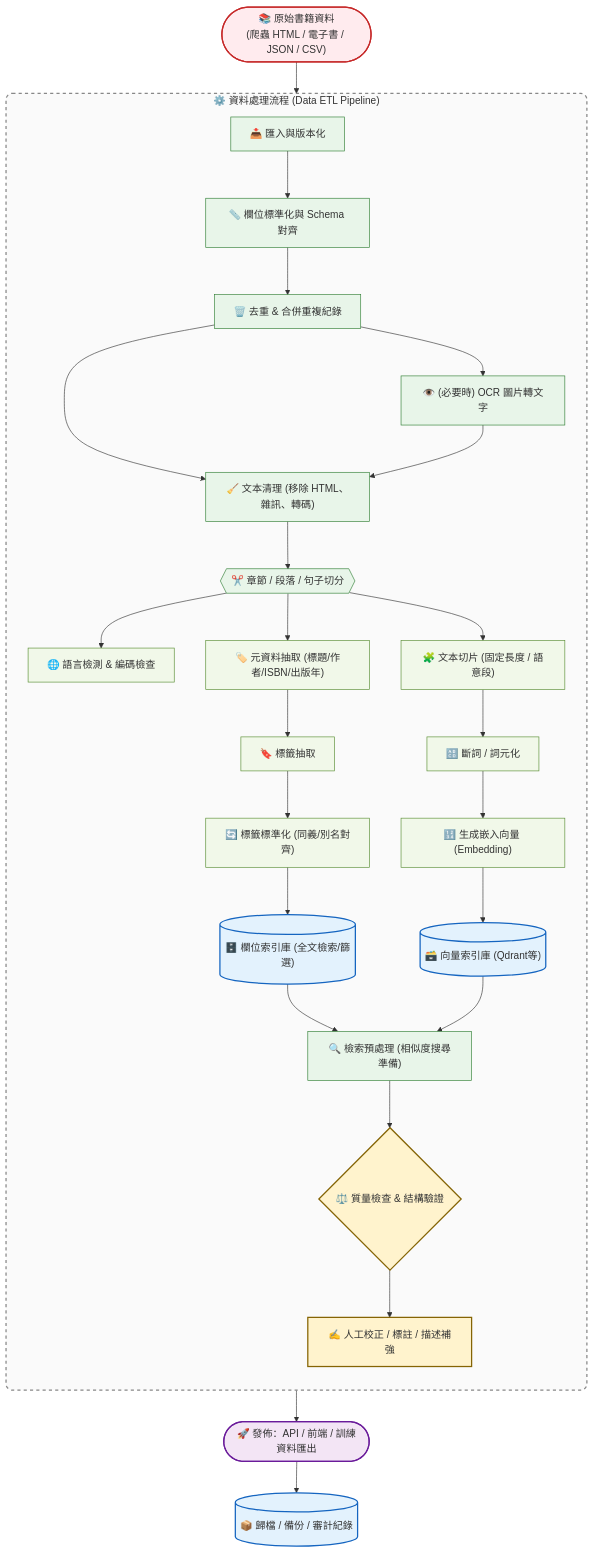
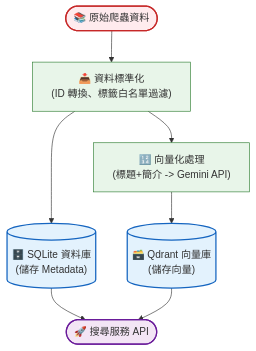
The first of 12 diagrams in docs/report.md (wangicheng/hybrid-reasoner), drawn with Mermaid before and after one commit. The commit also changed other lines of this file and 40 other files, not shown here.

````diff
--- a/docs/report.md
+++ b/docs/report.md
@@ -39,58 +39,18 @@
 ```mermaid
 flowchart TD
-    %% 自定義節點樣式 (色彩與邊框)
+    %% 自定義節點樣式
     classDef input fill:#ffebee,stroke:#c62828,stroke-width:2px
     classDef process fill:#e8f5e9,stroke:#2e7d32,stroke-width:1px
-    classDef subProcess fill:#f1f8e9,stroke:#558b2f,stroke-width:1px
     classDef database fill:#e3f2fd,stroke:#1565c0,stroke-width:2px
-    classDef quality fill:#fff3cd,stroke:#856404,stroke-width:2px
     classDef output fill:#f3e5f5,stroke:#6a1b9a,stroke-width:2px
 
-    %% 資料來源
-    Raw(["📚 原始書籍資料<br/>(爬蟲 HTML / 電子書 / JSON / CSV)"]):::input --> Ingest["📥 匯入與版本化"]:::process
-
-    %% 核心處理流程
-    subgraph Processing["⚙️ 資料處理流程 (Data ETL Pipeline)"]
-        direction TB
-        
-        %% 第一階段：標準化與清洗
-        Ingest --> Normalize["📏 欄位標準化與 Schema 對齊"]:::process
-        Normalize --> Dedup["🗑️ 去重 & 合併重複紀錄"]:::process
-        
-        %% OCR 與清洗稍微調整順序，讓邏輯更順暢
-        Dedup --> OCR["👁️ (必要時) OCR 圖片轉文字"]:::process
-        Dedup --> Clean["🧹 文本清理 (移除 HTML、雜訊、轉碼)"]:::process
-        OCR --> Clean
-        
-        Clean --> Segment{{"✂️ 章節 / 段落 / 句子切分"}}:::process
-        
-        %% 第二階段：雙軌特徵抽取
-        %% 分支 A: Metadata 與標籤
-        Segment --> LangDetect["🌐 語言檢測 & 編碼檢查"]:::subProcess
-        Segment --> Metadata["🏷️ 元資料抽取 (標題/作者/ISBN/出版年)"]:::subProcess
-        Metadata --> TagExtract["🔖 標籤抽取"]:::subProcess
-        TagExtract --> TagNormalize["🔄 標籤標準化 (同義/別名對齊)"]:::subProcess
-        
-        %% 分支 B: 向量文本
-        Segment --> Chunk["🧩 文本切片 (固定長度 / 語意段)"]:::subProcess
-        Chunk --> Tokenize["🔠 斷詞 / 詞元化"]:::subProcess
-        Tokenize --> Embed["🔢 生成嵌入向量 (Embedding)"]:::subProcess
-        
-        %% 第三階段：入庫與品管
-        TagNormalize --> MetadataIndex[("🗄️ 欄位索引庫 (全文檢索/篩選)")]:::database
-        Embed --> VectorIndex[("🗃️ 向量索引庫 (Qdrant等)")]:::database
-        
-        MetadataIndex --> RetrievalPrep["🔍 檢索預處理 (相似度搜尋準備)"]:::process
-        VectorIndex --> RetrievalPrep
-        
-        RetrievalPrep --> Quality{"⚖️ 質量檢查 & 結構驗證"}:::quality
-        Quality --> Enrich["✍️ 人工校正 / 標註 / 描述補強"]:::quality
-    end
-
-    %% 第四階段：發佈與歸檔
-    Enrich --> Publish(["🚀 發佈：API / 前端 / 訓練資料匯出"]):::output
-    Publish --> Archive[("📦 歸檔 / 備份 / 審計紀錄")]:::database
-
-    %% 區塊樣式
-    style Processing fill:#fafafa,stroke:#888,stroke-width:2px,stroke-dasharray: 5 5,rx:10,ry:10
+    Raw(["📚 原始爬蟲資料"]):::input --> Ingest["📥 資料標準化<br/>(ID 轉換、標籤白名單過濾)"]:::process
+    
+    Ingest --> DB[("🗄️ SQLite 資料庫<br/>(儲存 Metadata)")]:::database
+    
+    Ingest --> Embed["🔢 向量化處理<br/>(標題+簡介 -> Gemini API)"]:::process
+    Embed --> VS[("🗃️ Qdrant 向量庫<br/>(儲存向量)")]:::database
+    
+    DB --> API(["🚀 搜尋服務 API"]):::output
+    VS --> API
 ```
````
